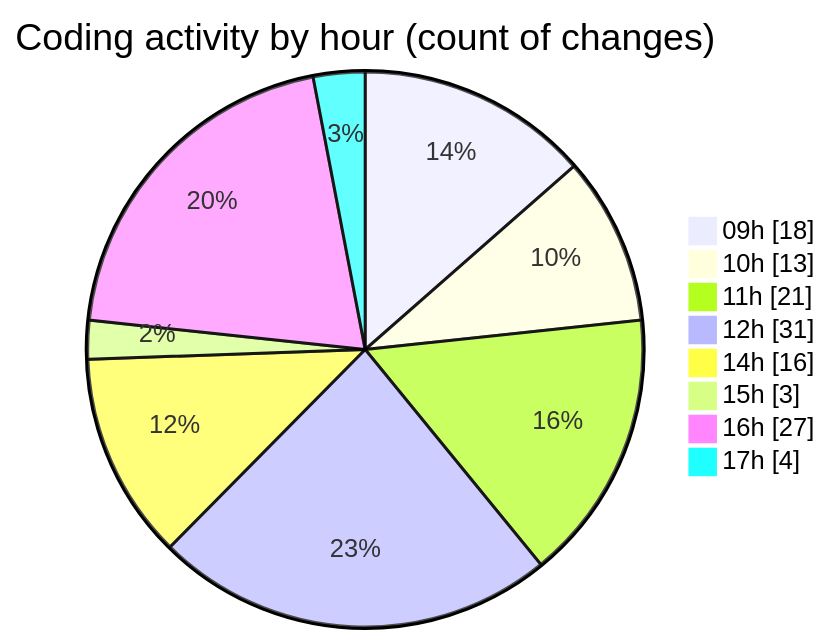
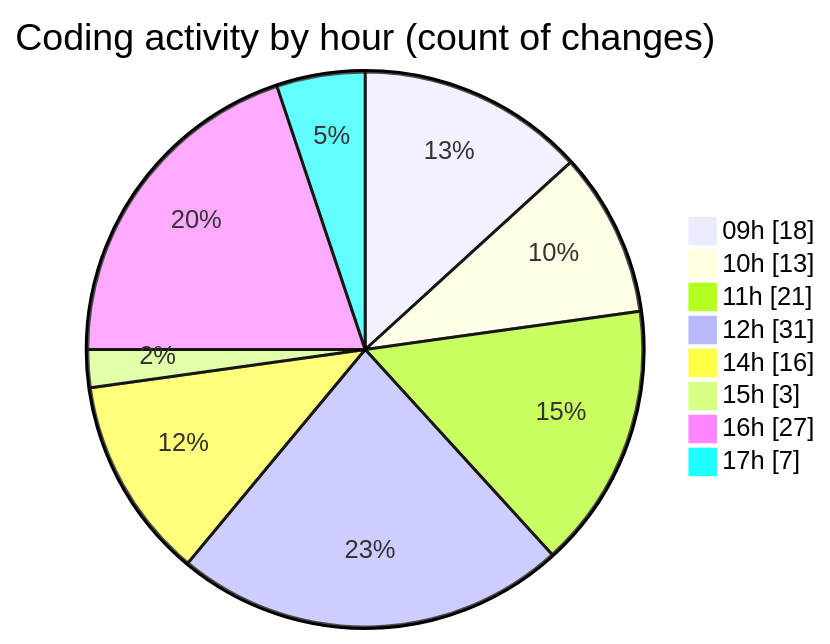
The second of 2 diagrams in 2026-08-12/cda/README.md (momahboobian/code-tracking), drawn with Mermaid before and after one commit. The commit also changed other lines of this file and 1 other file, not shown here.

````diff
--- a/2026-08-12/cda/README.md
+++ b/2026-08-12/cda/README.md
@@ -73,12 +73,12 @@
 ```mermaid
 pie showData
 title Coding activity by hour (count of changes)
 "09h" : 18
 "10h" : 13
 "11h" : 21
 "12h" : 31
 "14h" : 16
 "15h" : 3
 "16h" : 27
-"17h" : 4
+"17h" : 7
 ```
````
